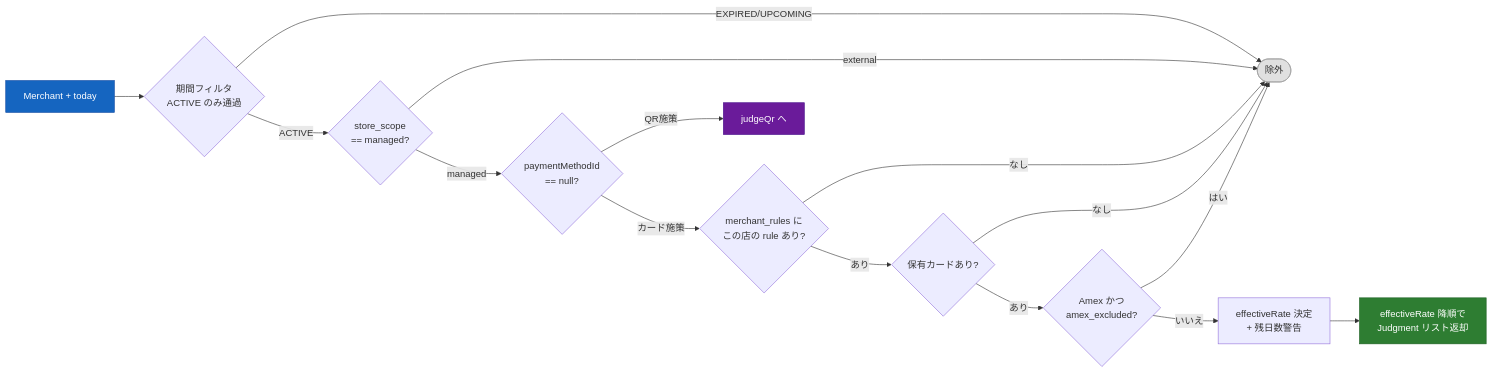
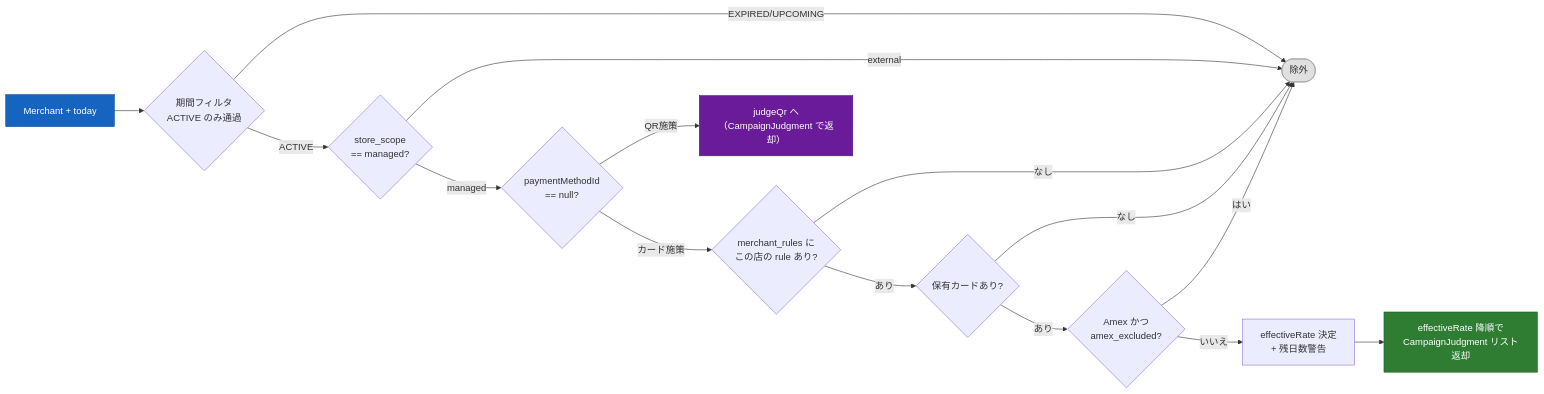
The fourth of 6 diagrams in docs/code-guide.md (ktakjm/poikatsu), drawn with Mermaid before and after one commit. The commit also changed other lines of this file, not shown here.

First line of the commit message:
docs: update code-guide for CampaignJudgment unification

````diff
--- a/docs/code-guide.md
+++ b/docs/code-guide.md
@@ -340,22 +340,22 @@
 ```mermaid
 flowchart LR
     IN["Merchant + today"] --> PERIOD{"期間フィルタ<br/>ACTIVE のみ通過"}
     PERIOD -- "EXPIRED/UPCOMING" --> DROP(["除外"])
     PERIOD -- "ACTIVE" --> SCOPE{"store_scope<br/>== managed?"}
     SCOPE -- "external" --> DROP
     SCOPE -- "managed" --> PMID{"paymentMethodId<br/>== null?"}
-    PMID -- "QR施策" --> QR["judgeQr へ"]
+    PMID -- "QR施策" --> QR["judgeQr へ（CampaignJudgment で返却）"]
     PMID -- "カード施策" --> RULE{"merchant_rules に<br/>この店の rule あり?"}
     RULE -- "なし" --> DROP
     RULE -- "あり" --> CARD{"保有カードあり?"}
     CARD -- "なし" --> DROP
     CARD -- "あり" --> AMEX{"Amex かつ<br/>amex_excluded?"}
     AMEX -- "はい" --> DROP
     AMEX -- "いいえ" --> RATE["effectiveRate 決定<br/>+ 残日数警告"]
-    RATE --> SORT["effectiveRate 降順で<br/>Judgment リスト返却"]
+    RATE --> SORT["effectiveRate 降順で<br/>CampaignJudgment リスト返却"]
 
     style IN fill:#1565C0,stroke:#0D47A1,color:#fff
     style SORT fill:#2E7D32,stroke:#1B5E20,color:#fff
     style DROP fill:#E0E0E0,stroke:#9E9E9E,color:#333
     style QR fill:#6A1B9A,stroke:#4A148C,color:#fff
 ```
````
